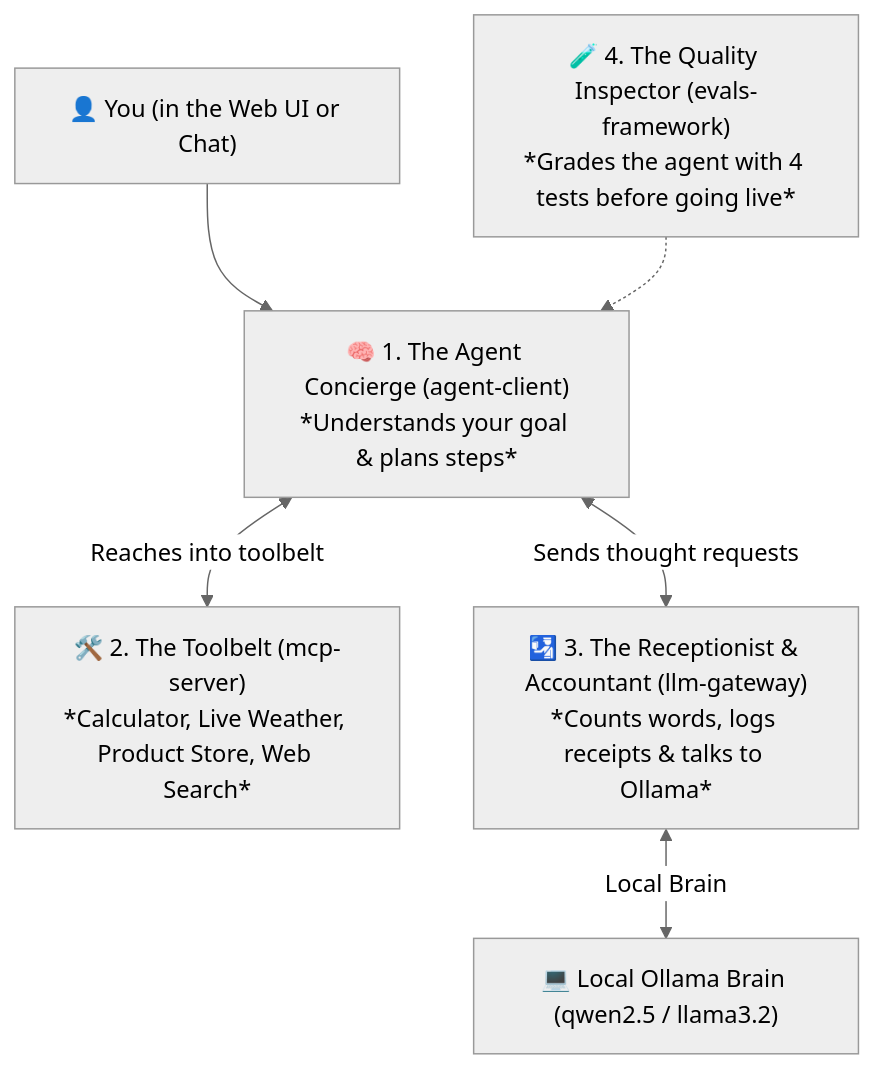
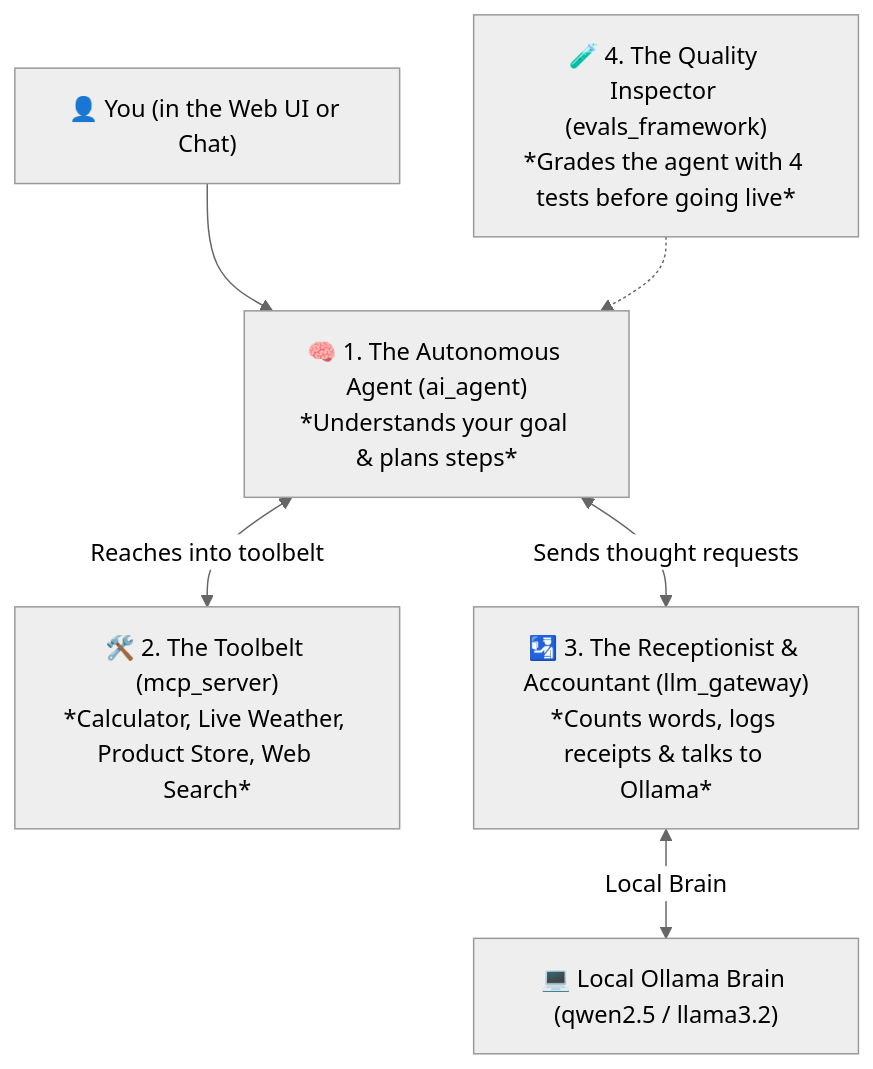
The first of 2 diagrams in laymans_guide.md (vdonthireddy/agentic-ai), drawn with Mermaid (neutral theme) before and after one commit. The commit also changed other lines of this file and 87 other files, not shown here.

````diff
--- a/laymans_guide.md
+++ b/laymans_guide.md
@@ -10,12 +10,12 @@
 ```mermaid
 flowchart TD
-    User["👤 You (in the Web UI or Chat)"] --> Agent["🧠 1. The Agent Concierge (agent-client)<br/>*Understands your goal & plans steps*"]
+    User["👤 You (in the Web UI or Chat)"] --> Agent["🧠 1. The Autonomous Agent (ai_agent)<br/>*Understands your goal & plans steps*"]
     
-    Agent <-->|"Reaches into toolbelt"| MCP["🛠️ 2. The Toolbelt (mcp-server)<br/>*Calculator, Live Weather, Product Store, Web Search*"]
+    Agent <-->|"Reaches into toolbelt"| MCP["🛠️ 2. The Toolbelt (mcp_server)<br/>*Calculator, Live Weather, Product Store, Web Search*"]
     
-    Agent <-->|"Sends thought requests"| Gateway["🛂 3. The Receptionist & Accountant (llm-gateway)<br/>*Counts words, logs receipts & talks to Ollama*"]
+    Agent <-->|"Sends thought requests"| Gateway["🛂 3. The Receptionist & Accountant (llm_gateway)<br/>*Counts words, logs receipts & talks to Ollama*"]
     
     Gateway <-->|"Local Brain"| LocalLLM["💻 Local Ollama Brain (qwen2.5 / llama3.2)"]
     
-    Evals["🧪 4. The Quality Inspector (evals-framework)<br/>*Grades the agent with 4 tests before going live*"] -.-> Agent
+    Evals["🧪 4. The Quality Inspector (evals_framework)<br/>*Grades the agent with 4 tests before going live*"] -.-> Agent
 ```
````
